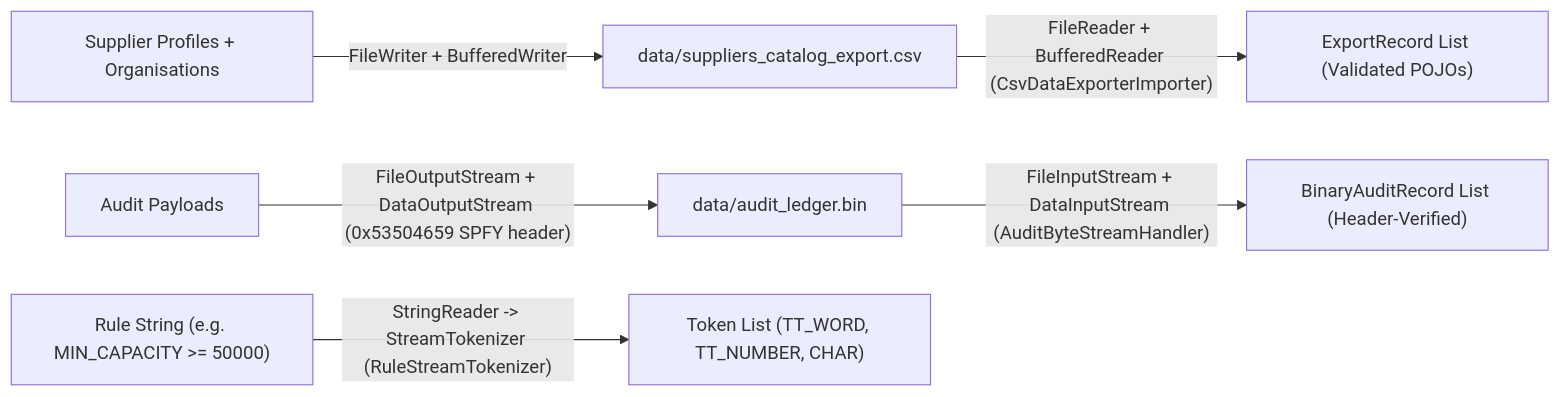
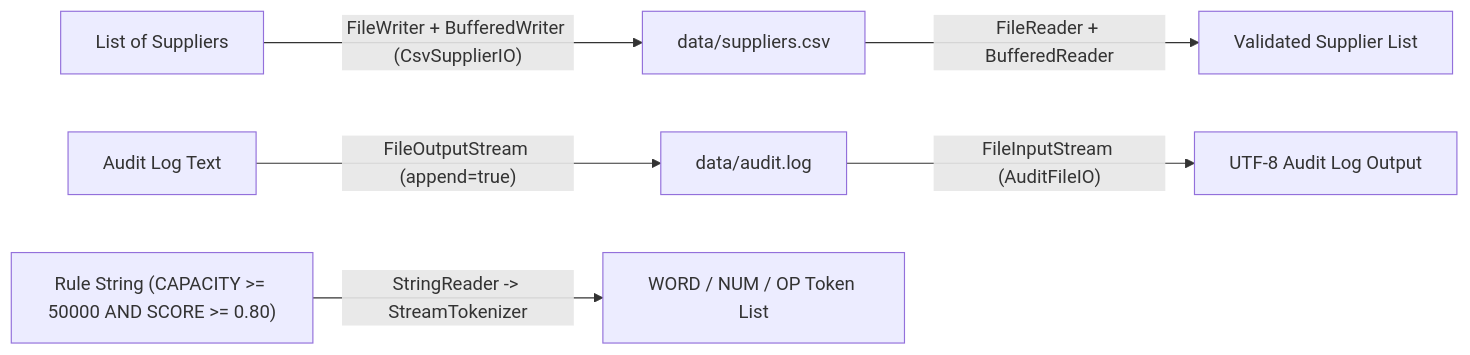
Before and after one commit to ArchitSublok/supify: the seventh of 7 diagrams in docs/backend-architecture.md, drawn with Mermaid. The commit also changed other lines of this file and 77 other files, not shown here.

Commit message:
refactor(backend): simplify pure-Java backend to 20 files, redraw UML diagrams, and refresh tests

````diff
--- a/docs/backend-architecture.md
+++ b/docs/backend-architecture.md
@@ -685,10 +380,10 @@
 ```mermaid
 flowchart LR
-    Profiles["Supplier Profiles + Organisations"] -->|"FileWriter + BufferedWriter"| CSV["data/suppliers_catalog_export.csv"]
-    CSV -->|"FileReader + BufferedReader (CsvDataExporterImporter)"| Records["ExportRecord List (Validated POJOs)"]
+    SUP["List of Suppliers"] -->|"FileWriter + BufferedWriter (CsvSupplierIO)"| CSV["data/suppliers.csv"]
+    CSV -->|"FileReader + BufferedReader"| IMP["Validated Supplier List"]
 
-    Events["Audit Payloads"] -->|"FileOutputStream + DataOutputStream (0x53504659 SPFY header)"| BIN["data/audit_ledger.bin"]
-    BIN -->|"FileInputStream + DataInputStream (AuditByteStreamHandler)"| ValidatedBin["BinaryAuditRecord List (Header-Verified)"]
+    EVT["Audit Log Text"] -->|"FileOutputStream (append=true)"| LOG["data/audit.log"]
+    LOG -->|"FileInputStream (AuditFileIO)"| TXT["UTF-8 Audit Log Output"]
 
-    Expr["Rule String (e.g. MIN_CAPACITY >= 50000)"] -->|"StringReader -> StreamTokenizer (RuleStreamTokenizer)"| Tokens["Token List (TT_WORD, TT_NUMBER, CHAR)"]
+    RULE["Rule String (CAPACITY >= 50000 AND SCORE >= 0.80)"] -->|"StringReader -> StreamTokenizer"| TOK["WORD / NUM / OP Token List"]
 ```
````
